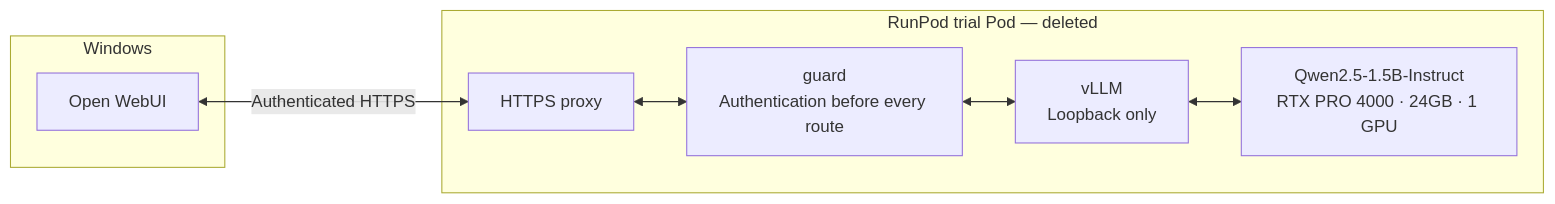
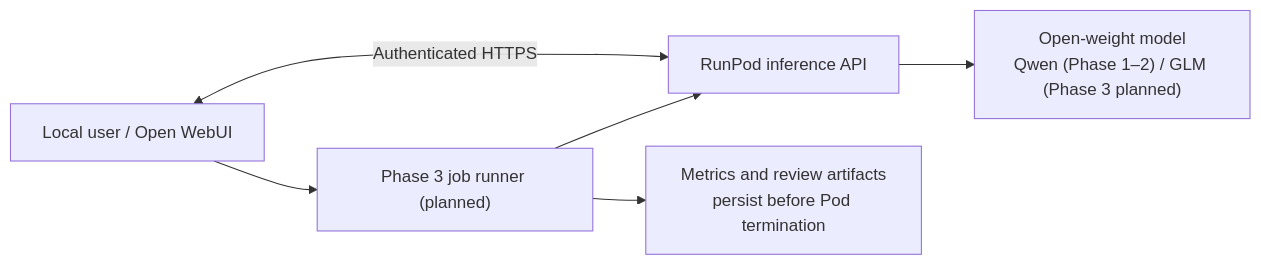
The diagram in README.md (moruku36/open-llm-multimodal-lab), drawn with Mermaid before and after one commit. The commit also changed other lines of this file, not shown here.

Commit message:
docs: simplify landing README with Phase 1-3 progress and corrected repo links

````diff
--- a/README.md
+++ b/README.md
@@ -28,14 +17,8 @@
 ```mermaid
 flowchart LR
-    subgraph Windows["Windows"]
-        UI["Open WebUI"]
-    end
-    subgraph Trial["RunPod trial Pod — deleted"]
-        Proxy["HTTPS proxy"]
-        Guard["guard<br/>Authentication before every route"]
-        Server["vLLM<br/>Loopback only"]
-        Model["Qwen2.5-1.5B-Instruct<br/>RTX PRO 4000 · 24GB · 1 GPU"]
-        Proxy <--> Guard <--> Server <--> Model
-    end
-    UI <-->|Authenticated HTTPS| Proxy
+    User["Local user / Open WebUI"] <-->|"Authenticated HTTPS"| Remote["RunPod inference API"]
+    Remote --> Model["Open-weight model<br/>Qwen (Phase 1–2) / GLM (Phase 3 planned)"]
+    User --> Job["Phase 3 job runner (planned)"]
+    Job --> Remote
+    Job --> Results["Metrics and review artifacts<br/>persist before Pod termination"]
 ```
````
